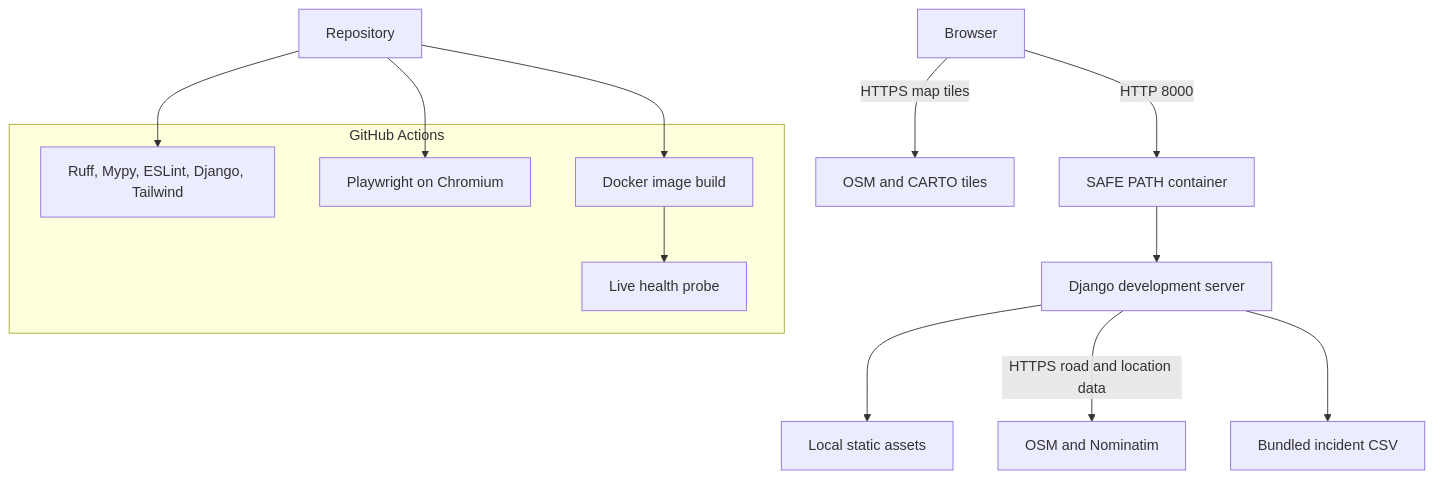
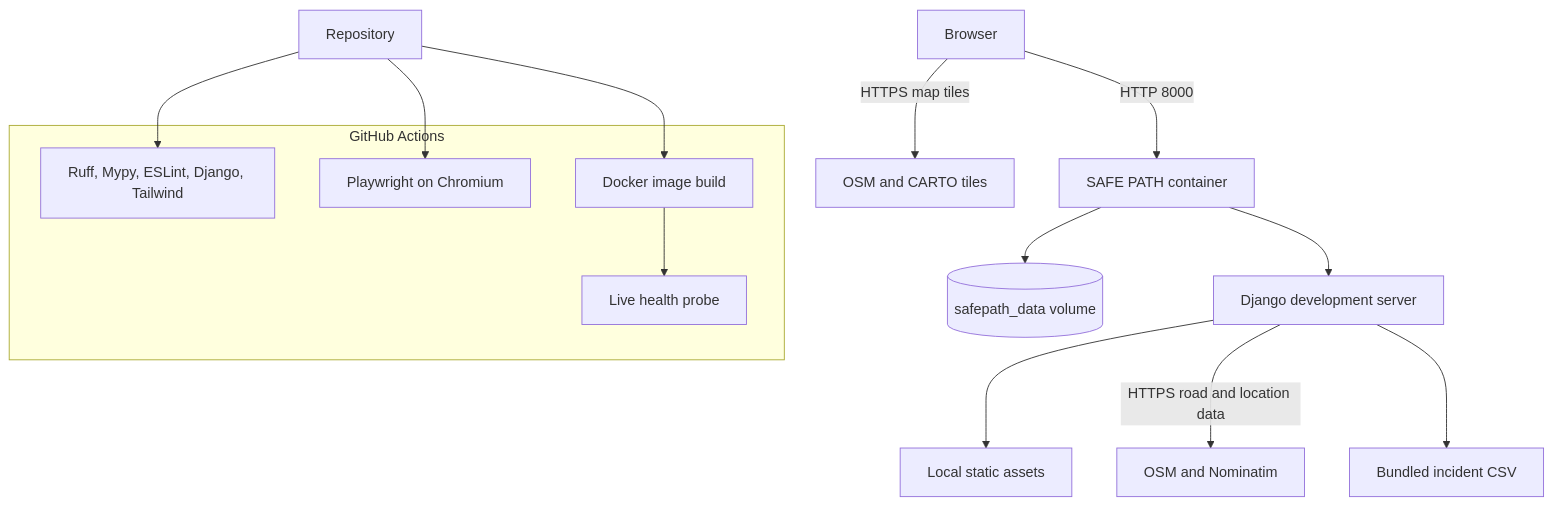
One commit to K2K22K2K22/SafePath changed the sixth of 6 diagrams in docs/ARCHITECTURE.md. Above: the diagram before and after it, drawn with Mermaid. The commit also changed other lines of this file and 14 other files, not shown here.

````diff
--- a/docs/ARCHITECTURE.md
+++ b/docs/ARCHITECTURE.md
@@ -317,21 +317,22 @@
 ```mermaid
 flowchart TB
     Client[Browser] -->|HTTP 8000| Container[SAFE PATH container]
     Client -->|HTTPS map tiles| Tiles[OSM and CARTO tiles]
     Container --> Django[Django development server]
     Django --> Static[Local static assets]
     Django -->|HTTPS road and location data| External[OSM and Nominatim]
     Django --> CSV[Bundled incident CSV]
+    Container --> Database[(safepath_data volume)]
 
     subgraph CI[GitHub Actions]
         Quality[Ruff, Mypy, ESLint, Django, Tailwind]
         Browser[Playwright on Chromium]
         Image[Docker image build]
         Probe[Live health probe]
     end
 
     Repo[Repository] --> Quality
     Repo --> Browser
     Repo --> Image
     Image --> Probe
 ```
````
